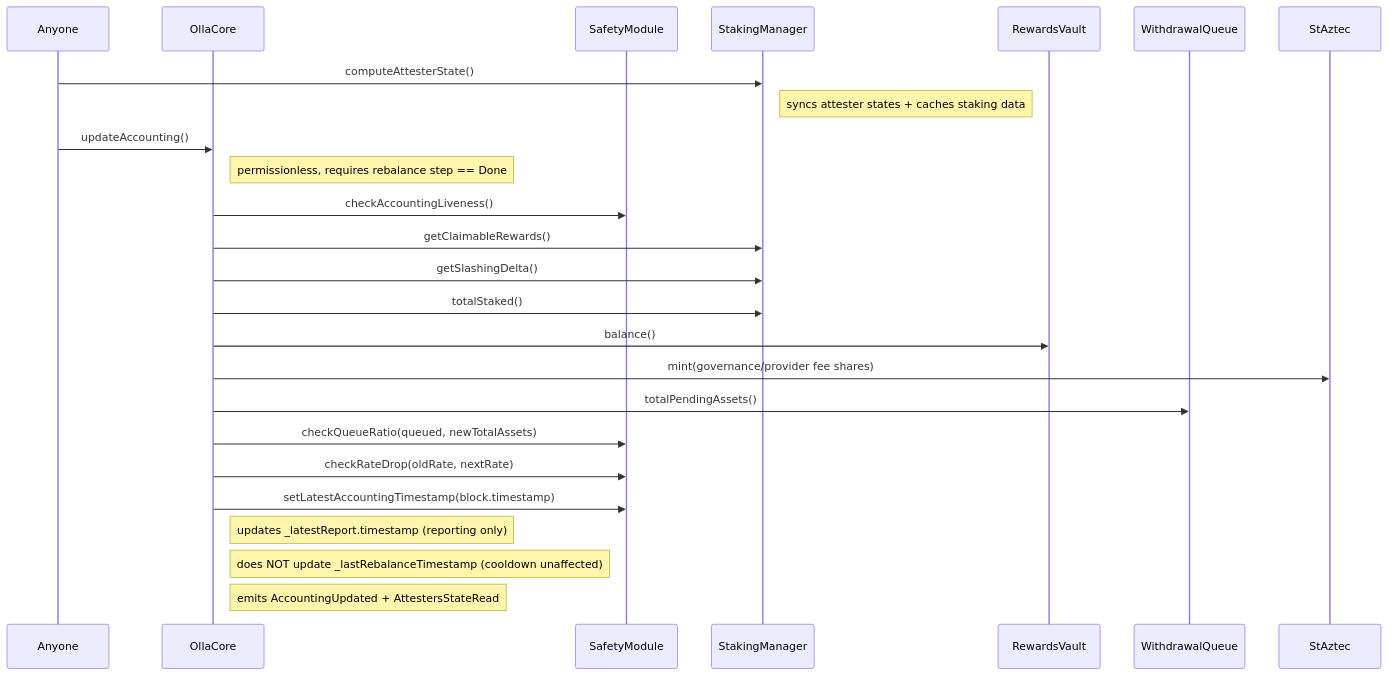
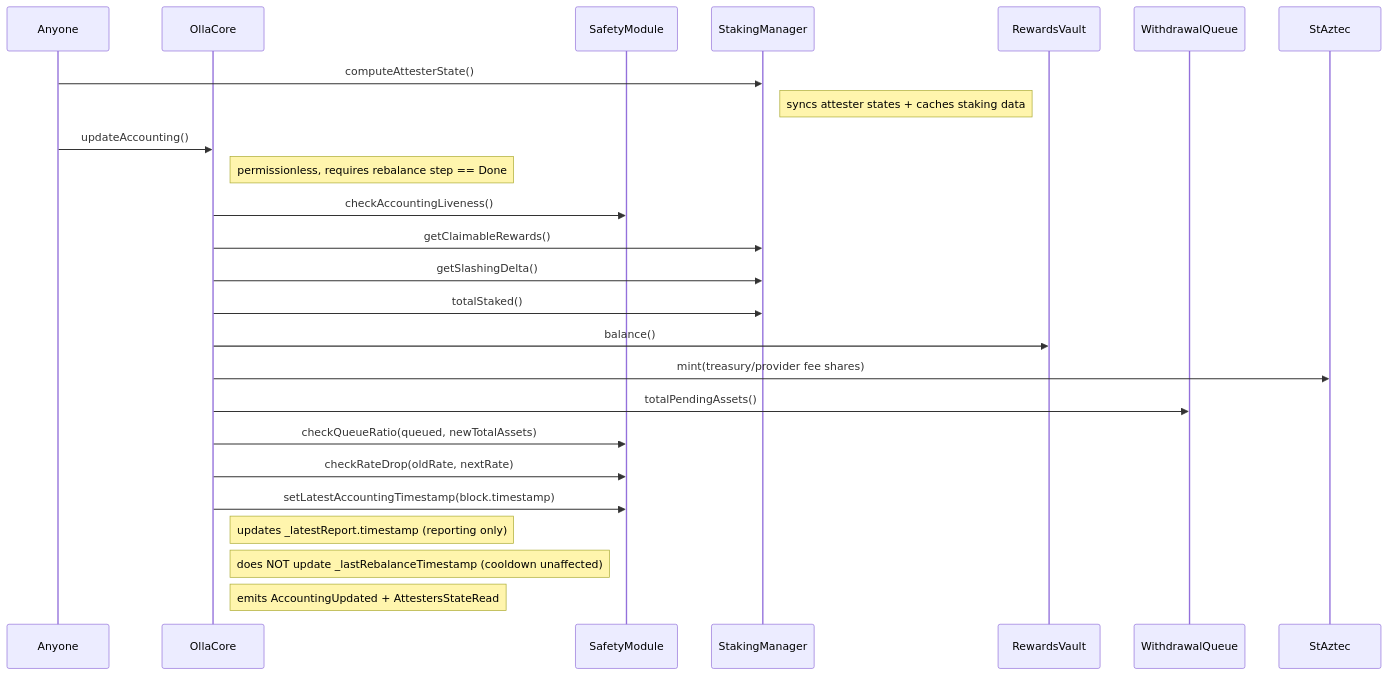
The ninth of 9 diagrams in docs/operator-actions.md (ollafinance/core), drawn with Mermaid before and after one commit. The commit also changed 59 other files, not shown here.

````diff
--- a/docs/operator-actions.md
+++ b/docs/operator-actions.md
@@ -239,28 +239,28 @@
 ```mermaid
 sequenceDiagram
     participant A as Anyone
     participant C as OllaCore
     participant SAF as SafetyModule
     participant SM as StakingManager
     participant RV as RewardsVault
     participant WQ as WithdrawalQueue
     participant ST as StAztec
 
     A->>SM: computeAttesterState()
     Note right of SM: syncs attester states + caches staking data
     A->>C: updateAccounting()
     Note right of C: permissionless, requires rebalance step == Done
     C->>SAF: checkAccountingLiveness()
     C->>SM: getClaimableRewards()
     C->>SM: getSlashingDelta()
     C->>SM: totalStaked()
     C->>RV: balance()
-    C->>ST: mint(governance/provider fee shares)
+    C->>ST: mint(treasury/provider fee shares)
     C->>WQ: totalPendingAssets()
     C->>SAF: checkQueueRatio(queued, newTotalAssets)
     C->>SAF: checkRateDrop(oldRate, nextRate)
     C->>SAF: setLatestAccountingTimestamp(block.timestamp)
     Note right of C: updates _latestReport.timestamp (reporting only)
     Note right of C: does NOT update _lastRebalanceTimestamp (cooldown unaffected)
     Note right of C: emits AccountingUpdated + AttestersStateRead
 ```
````
